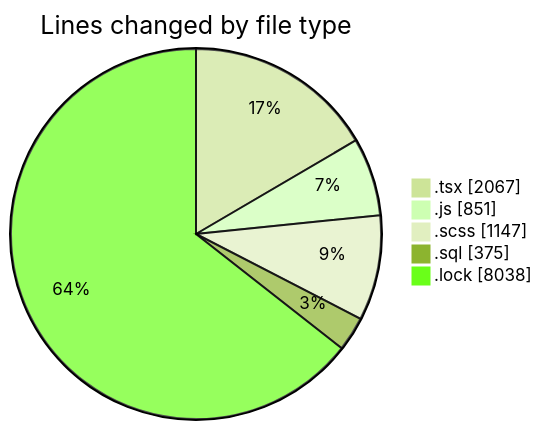
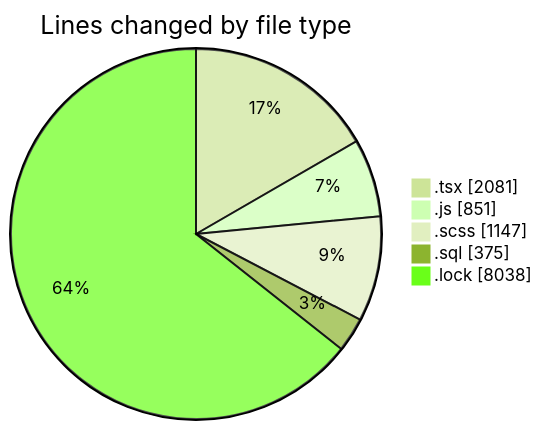
One commit to momahboobian/code-tracking changed the first of 2 diagrams in 2025-03-18/cda/README.md. Above: the diagram before and after it, drawn with Mermaid (forest theme). The commit also changed other lines of this file and 1 other file, not shown here.

````diff
--- a/2025-03-18/cda/README.md
+++ b/2025-03-18/cda/README.md
@@ -34,9 +34,9 @@
 ```mermaid
 pie showData
 title Lines changed by file type
-".tsx" : 2067
+".tsx" : 2081
 ".js" : 851
 ".scss" : 1147
 ".sql" : 375
 ".lock" : 8038
 ```
````
